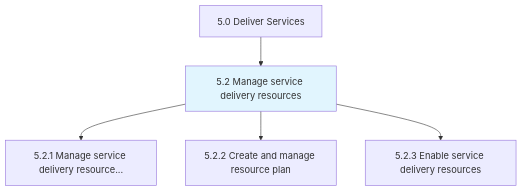
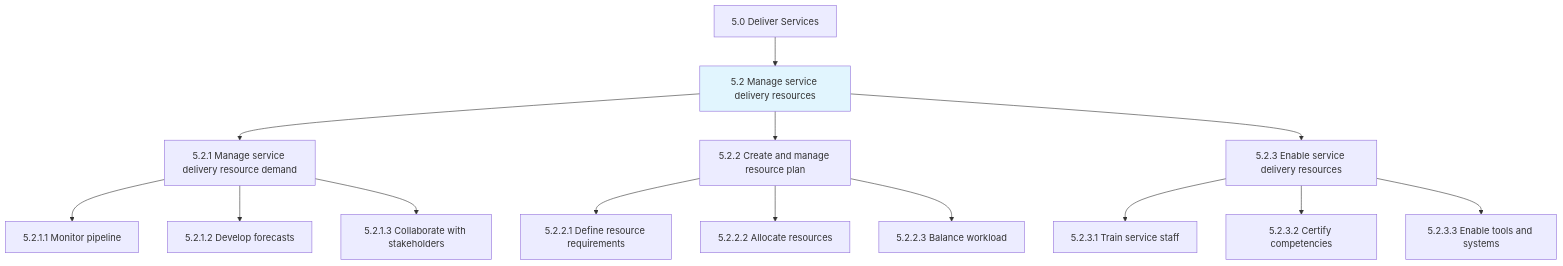
The first of 3 diagrams in processes/05-Services/5.2-ManageServiceDeliveryResources/index.mdx (kziemski/business.org.ai), drawn with Mermaid before and after one commit. The commit also changed other lines of this file and 67 other files, not shown here.

````diff
--- a/processes/05-Services/5.2-ManageServiceDeliveryResources/index.mdx
+++ b/processes/05-Services/5.2-ManageServiceDeliveryResources/index.mdx
@@ -25,9 +27,21 @@
 ```mermaid
 graph TD
     C5["5.0 Deliver Services"]
     C5 --> N5_2["5.2 Manage service delivery resources"]
     style N5_2 fill:#e1f5fe
-    N5_2 --> N5_2_1["5.2.1 Manage service delivery resource..."]
+    N5_2 --> N5_2_1["5.2.1 Manage service delivery resource demand"]
     N5_2 --> N5_2_2["5.2.2 Create and manage resource plan"]
     N5_2 --> N5_2_3["5.2.3 Enable service delivery resources"]
+
+    N5_2_1 --> A5_2_1_1["5.2.1.1 Monitor pipeline"]
+    N5_2_1 --> A5_2_1_2["5.2.1.2 Develop forecasts"]
+    N5_2_1 --> A5_2_1_3["5.2.1.3 Collaborate with stakeholders"]
+
+    N5_2_2 --> A5_2_2_1["5.2.2.1 Define resource requirements"]
+    N5_2_2 --> A5_2_2_2["5.2.2.2 Allocate resources"]
+    N5_2_2 --> A5_2_2_3["5.2.2.3 Balance workload"]
+
+    N5_2_3 --> A5_2_3_1["5.2.3.1 Train service staff"]
+    N5_2_3 --> A5_2_3_2["5.2.3.2 Certify competencies"]
+    N5_2_3 --> A5_2_3_3["5.2.3.3 Enable tools and systems"]
 ```
````
